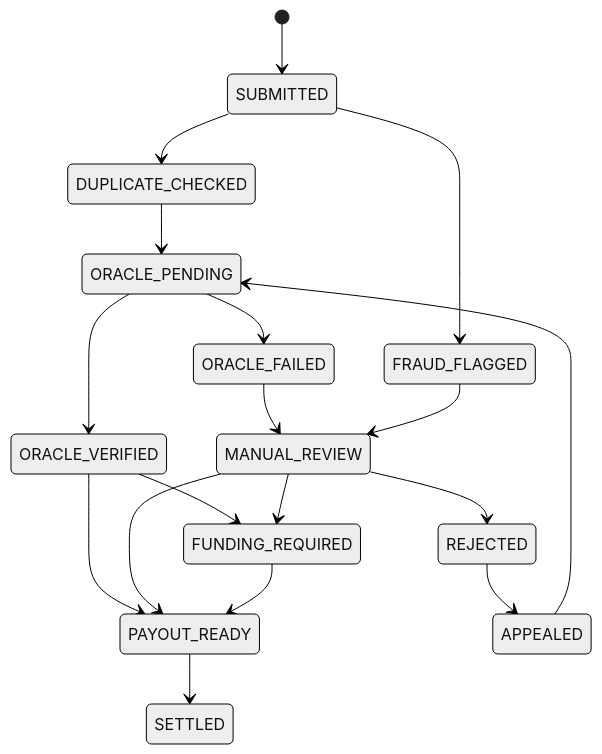
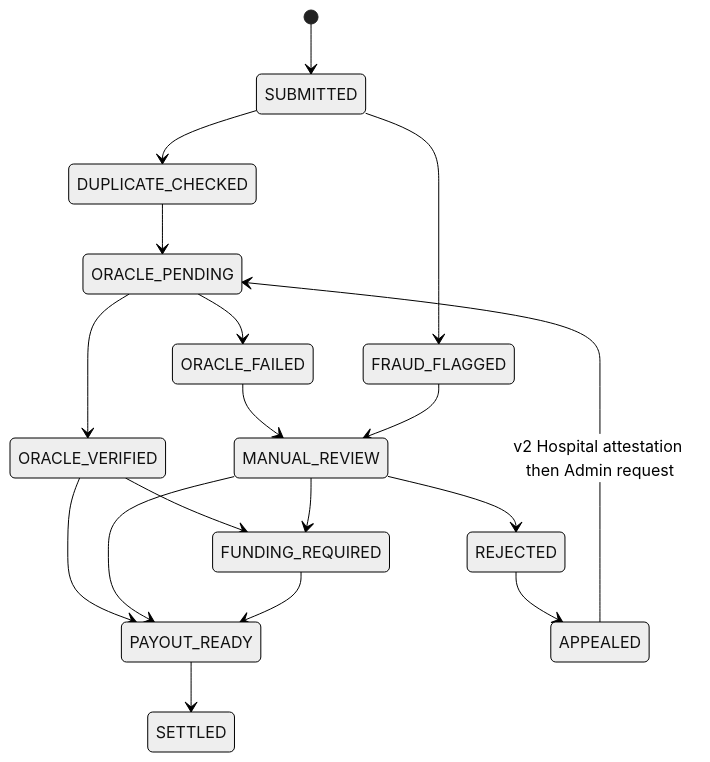
One commit to kazi-kamruddin/Block-Insure changed the second of 5 diagrams in reference/block-insure-deep-technical-reference.md. Above: the diagram before and after it, drawn with Mermaid (neutral theme). The commit also changed other lines of this file and 69 other files, not shown here.

````diff
--- a/reference/block-insure-deep-technical-reference.md
+++ b/reference/block-insure-deep-technical-reference.md
@@ -2880,20 +2958,20 @@
 ```mermaid
 stateDiagram-v2
     [*] --> SUBMITTED
     SUBMITTED --> DUPLICATE_CHECKED
     SUBMITTED --> FRAUD_FLAGGED
     DUPLICATE_CHECKED --> ORACLE_PENDING
     ORACLE_PENDING --> ORACLE_VERIFIED
     ORACLE_PENDING --> ORACLE_FAILED
     ORACLE_VERIFIED --> PAYOUT_READY
     ORACLE_VERIFIED --> FUNDING_REQUIRED
     ORACLE_FAILED --> MANUAL_REVIEW
     FRAUD_FLAGGED --> MANUAL_REVIEW
     MANUAL_REVIEW --> PAYOUT_READY
     MANUAL_REVIEW --> FUNDING_REQUIRED
     MANUAL_REVIEW --> REJECTED
     FUNDING_REQUIRED --> PAYOUT_READY
     PAYOUT_READY --> SETTLED
     REJECTED --> APPEALED
-    APPEALED --> ORACLE_PENDING
+    APPEALED --> ORACLE_PENDING: v2 Hospital attestation then Admin request
 ```
````
